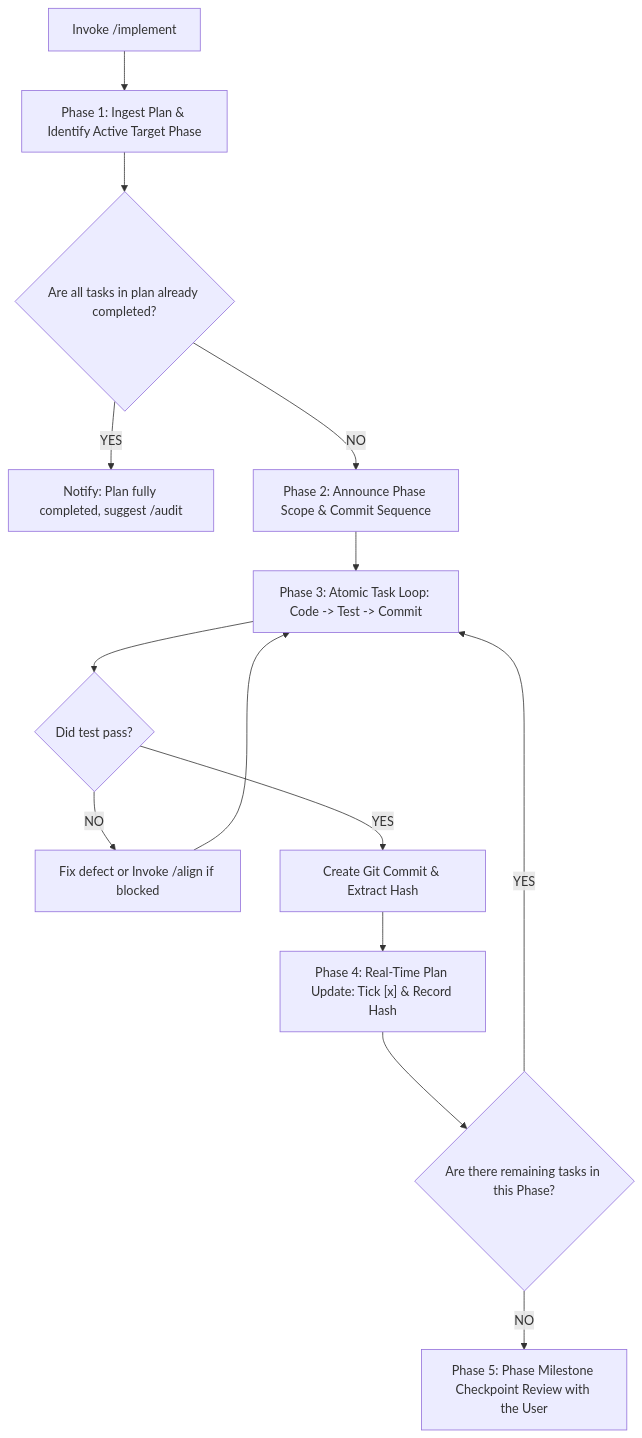
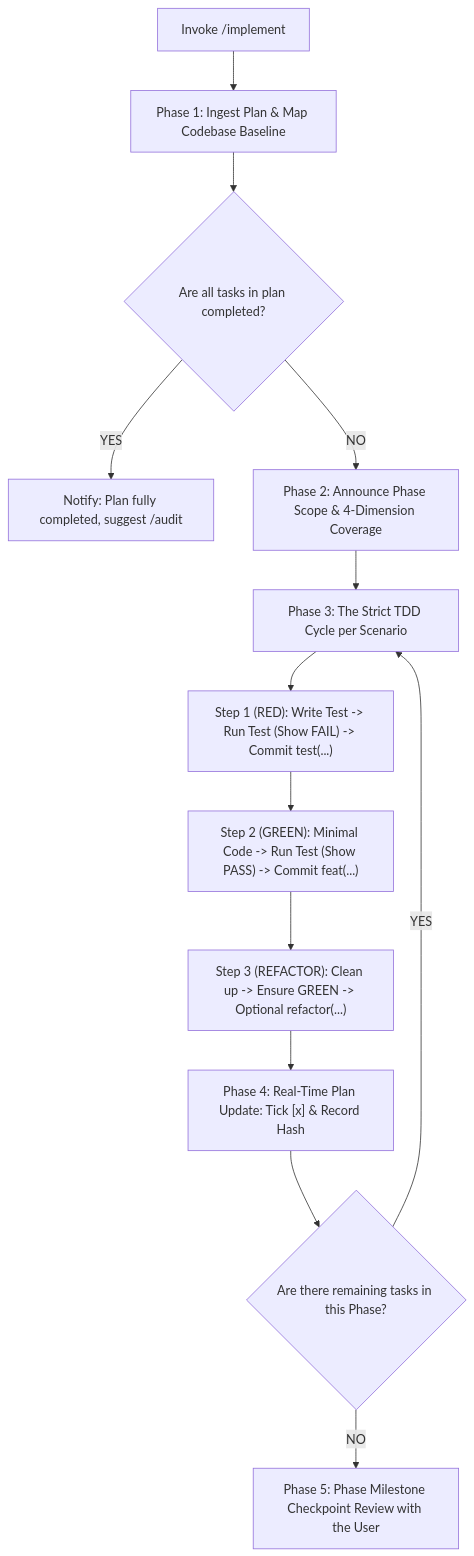
The diagram in implement/SKILL.md (dimsedra/skills), drawn with Mermaid before and after one commit. The commit also changed other lines of this file and 9 other files, not shown here.

Commit message:
feat(skills): reframe plans and implement to strict TDD, enforce TDD rigor in audit, and establish codebase ownership guidelines

````diff
--- a/implement/SKILL.md
+++ b/implement/SKILL.md
@@ -18,16 +18,15 @@
 ```mermaid
 flowchart TD
-    A["Invoke /implement"] --> B["Phase 1: Ingest Plan & Identify Active Target Phase"]
-    B --> C{"Are all tasks in plan already completed?"}
+    A["Invoke /implement"] --> B["Phase 1: Ingest Plan & Map Codebase Baseline"]
+    B --> C{"Are all tasks in plan completed?"}
     C -- YES --> D["Notify: Plan fully completed, suggest /audit"]
-    C -- NO --> E["Phase 2: Announce Phase Scope & Commit Sequence"]
-    E --> F["Phase 3: Atomic Task Loop: Code -> Test -> Commit"]
-    F --> G{"Did test pass?"}
-    G -- NO --> H["Fix defect or Invoke /align if blocked"]
-    H --> F
-    G -- YES --> I["Create Git Commit & Extract Hash"]
+    C -- NO --> E["Phase 2: Announce Phase Scope & 4-Dimension Coverage"]
+    E --> F["Phase 3: The Strict TDD Cycle per Scenario"]
+    F --> G["Step 1 (RED): Write Test -> Run Test (Show FAIL) -> Commit test(...)"]
+    G --> H["Step 2 (GREEN): Minimal Code -> Run Test (Show PASS) -> Commit feat(...)"]
+    H --> I["Step 3 (REFACTOR): Clean up -> Ensure GREEN -> Optional refactor(...)"]
     I --> J["Phase 4: Real-Time Plan Update: Tick [x] & Record Hash"]
     J --> K{"Are there remaining tasks in this Phase?"}
     K -- YES --> F
     K -- NO --> L["Phase 5: Phase Milestone Checkpoint Review with the User"]
 ```
````
